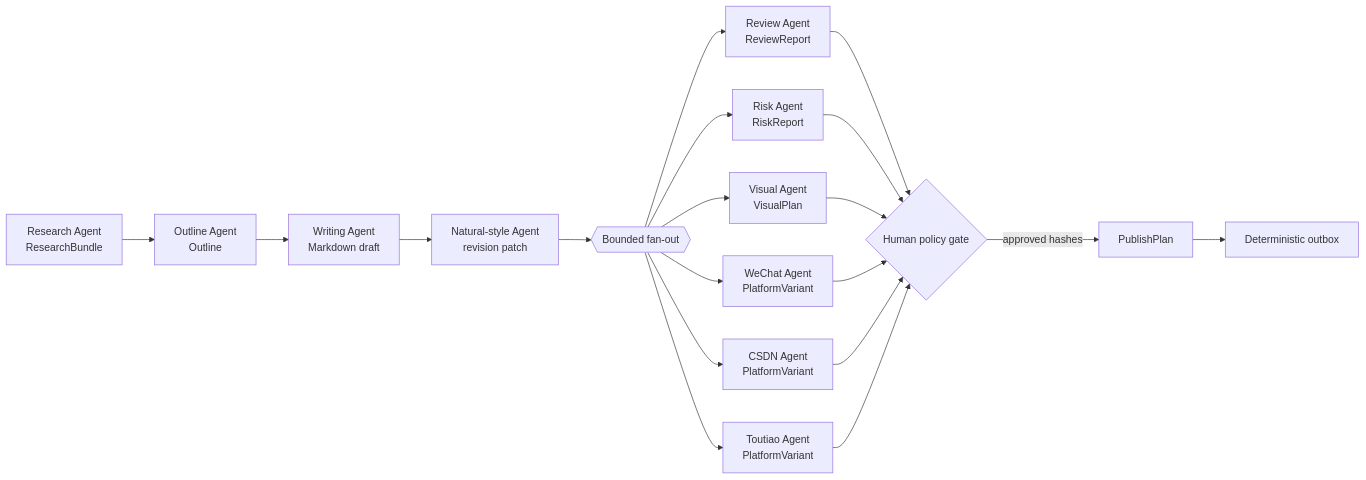
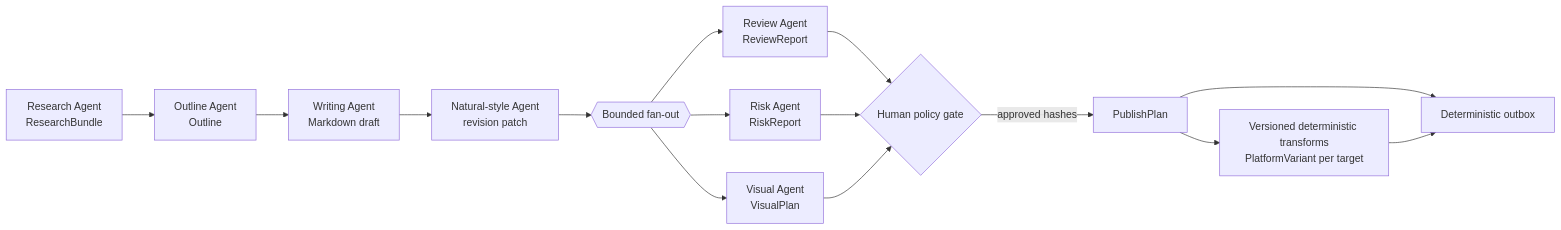
One commit to tllovesxs/open-publisher changed the diagram in docs/architecture/harness-and-agents.md. Above: the diagram before and after it, drawn with Mermaid. The commit also changed other lines of this file and 9 other files, not shown here.

````diff
--- a/docs/architecture/harness-and-agents.md
+++ b/docs/architecture/harness-and-agents.md
@@ -12,21 +12,17 @@
 ```mermaid
 flowchart LR
     R["Research Agent<br/>ResearchBundle"] --> O["Outline Agent<br/>Outline"]
     O --> W["Writing Agent<br/>Markdown draft"]
     W --> N["Natural-style Agent<br/>revision patch"]
     N --> F{{"Bounded fan-out"}}
     F --> Q["Review Agent<br/>ReviewReport"]
     F --> S["Risk Agent<br/>RiskReport"]
     F --> V["Visual Agent<br/>VisualPlan"]
-    F --> P1["WeChat Agent<br/>PlatformVariant"]
-    F --> P2["CSDN Agent<br/>PlatformVariant"]
-    F --> P3["Toutiao Agent<br/>PlatformVariant"]
     Q --> G{"Human policy gate"}
     S --> G
     V --> G
-    P1 --> G
-    P2 --> G
-    P3 --> G
     G -->|"approved hashes"| P["PublishPlan"]
+    P --> T["Versioned deterministic transforms<br/>PlatformVariant per target"]
     P --> J["Deterministic outbox"]
+    T --> J
 ```
````
